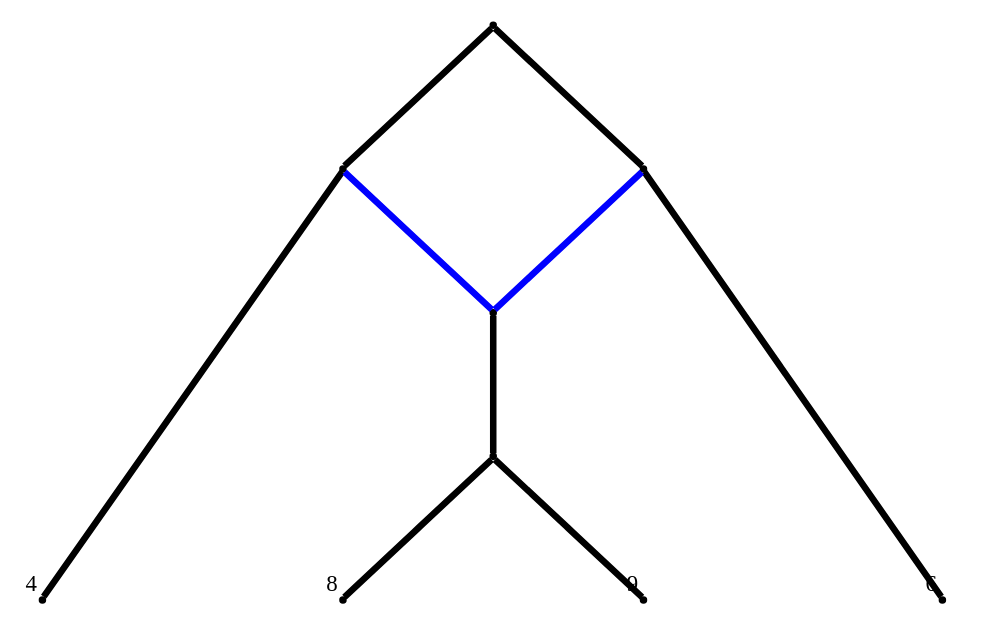
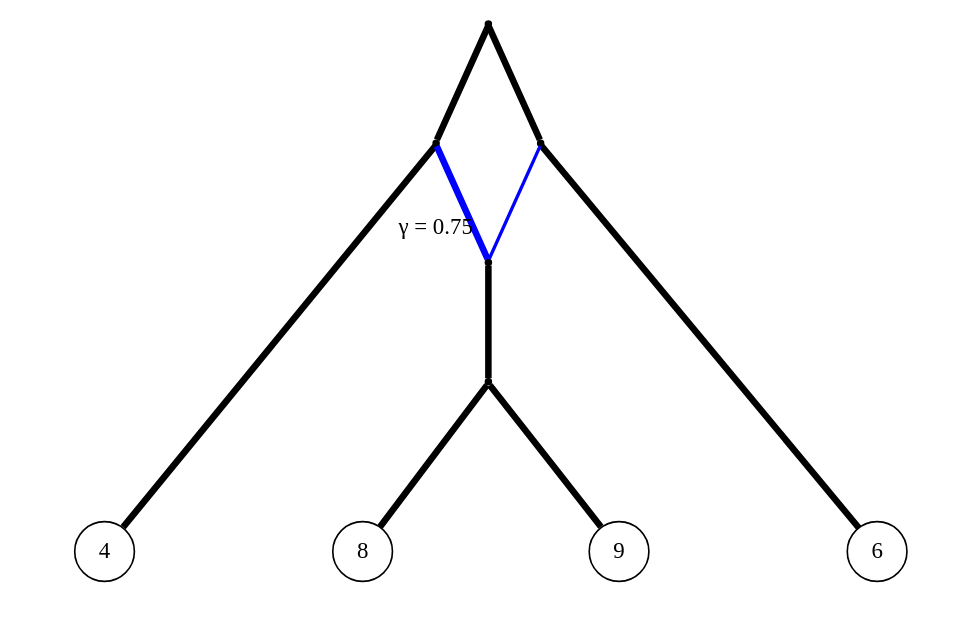
Before and after one commit to JuliaPhylo/PhyloNetworks.jl: the diagram in visualization/drawCF.dot, drawn with Graphviz. The commit also changed 5 other files, not shown here.

First line of the commit message:
1. Added the following features to draw function -Allow for custom naming of images -Extract underlying tree -Adjust hybrid edge thickness based on a given gamma threshold -Added gamma label to hybrid edges

```diff
--- a/visualization/drawCF.dot
+++ b/visualization/drawCF.dot
@@ -1,22 +1,22 @@
 Graph { 
+labelloc=b 
     ratio="fill"; 
     size="8,5"; 
     node [shape = point] 
     rank=max 1 
-     subgraph    {
-                                        4 , 6 , 8 , 9 } 
-    4 [xlabel=4] 
-    6 [xlabel=6] 
-    8 [xlabel=8] 
-    9 [xlabel=9] 
+     subgraph    { 4 , 6 , 8 , 9 } 
+    4 [label=4] [shape = circle] [height = 0.1] 
+    6 [label=6] [shape = circle] [height = 0.1] 
+    8 [label=8] [shape = circle] [height = 0.1] 
+    9 [label=9] [shape = circle] [height = 0.1] 
  
      1 -- 2 [penwidth=4]; 
      1 -- 3 [penwidth=4]; 
      2 -- 4 [penwidth=4]; 
-     2 -- 5 [color=blue] [penwidth=4]; 
-     3 -- 5 [color=blue] [penwidth=4]; 
+     2 -- 5 [color=blue] [penwidth=4] [taillabel=" &gamma; = 0.75"] [labeldistance = 5.0]; 
+     3 -- 5 [color=blue] [penwidth=2]; 
      3 -- 6 [penwidth=4]; 
      5 -- 7 [penwidth=4]; 
      7 -- 8 [penwidth=4]; 
      7 -- 9 [penwidth=4]; 
 }
```
